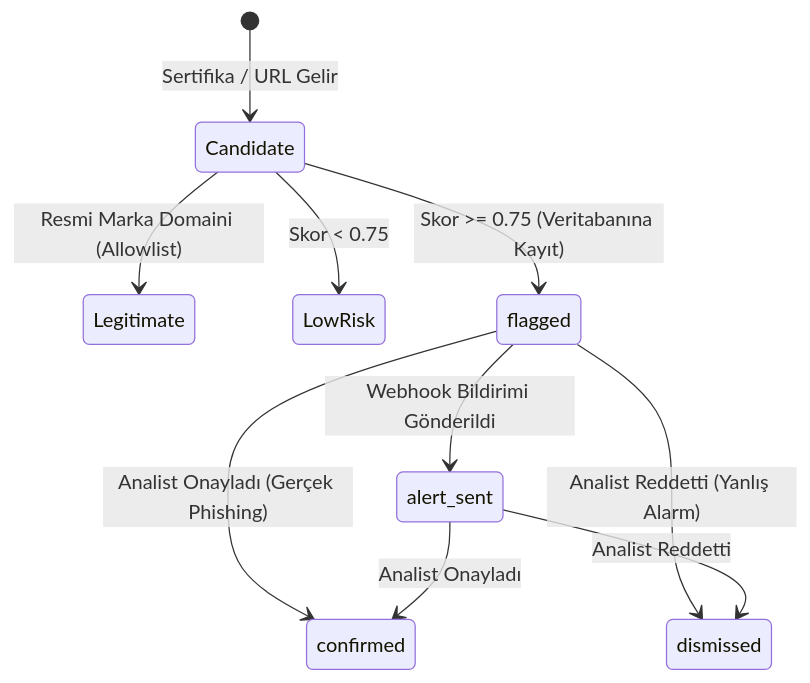
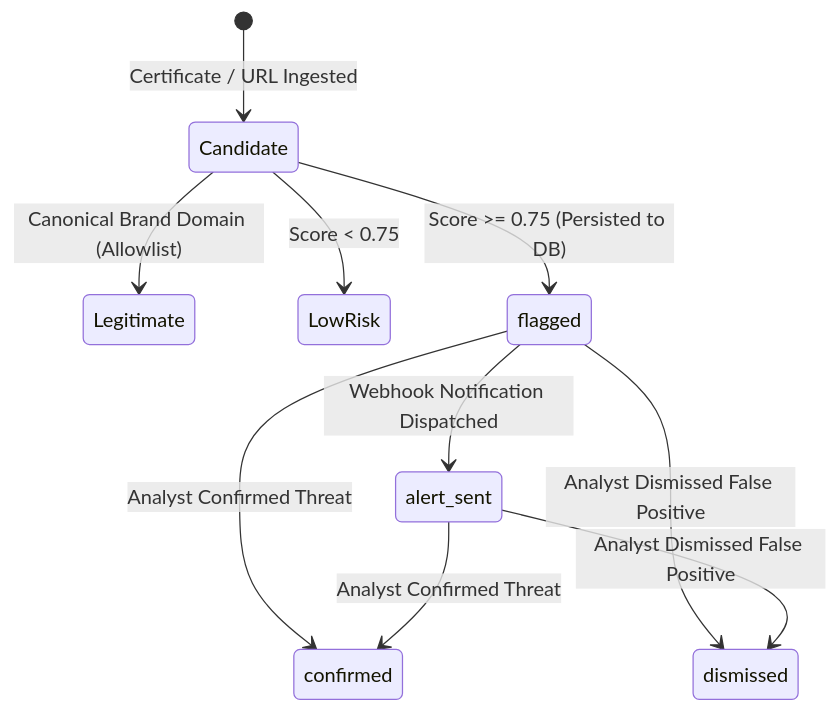
One commit to Bor-Code/Phishguard-Ct changed the third of 4 diagrams in README.md. Above: the diagram before and after it, drawn with Mermaid. The commit also changed other lines of this file, not shown here.

````diff
--- a/README.md
+++ b/README.md
@@ -81,12 +81,12 @@
 ```mermaid
 stateDiagram-v2
-    [*] --> Candidate: Sertifika / URL Gelir
-    Candidate --> Legitimate: Resmi Marka Domaini (Allowlist)
-    Candidate --> LowRisk: Skor < 0.75
-    Candidate --> flagged: Skor >= 0.75 (Veritabanına Kayıt)
-    flagged --> alert_sent: Webhook Bildirimi Gönderildi
-    flagged --> confirmed: Analist Onayladı (Gerçek Phishing)
-    alert_sent --> confirmed: Analist Onayladı
-    flagged --> dismissed: Analist Reddetti (Yanlış Alarm)
-    alert_sent --> dismissed: Analist Reddetti
+    [*] --> Candidate: Certificate / URL Ingested
+    Candidate --> Legitimate: Canonical Brand Domain (Allowlist)
+    Candidate --> LowRisk: Score < 0.75
+    Candidate --> flagged: Score >= 0.75 (Persisted to DB)
+    flagged --> alert_sent: Webhook Notification Dispatched
+    flagged --> confirmed: Analyst Confirmed Threat
+    alert_sent --> confirmed: Analyst Confirmed Threat
+    flagged --> dismissed: Analyst Dismissed False Positive
+    alert_sent --> dismissed: Analyst Dismissed False Positive
 ```
````
